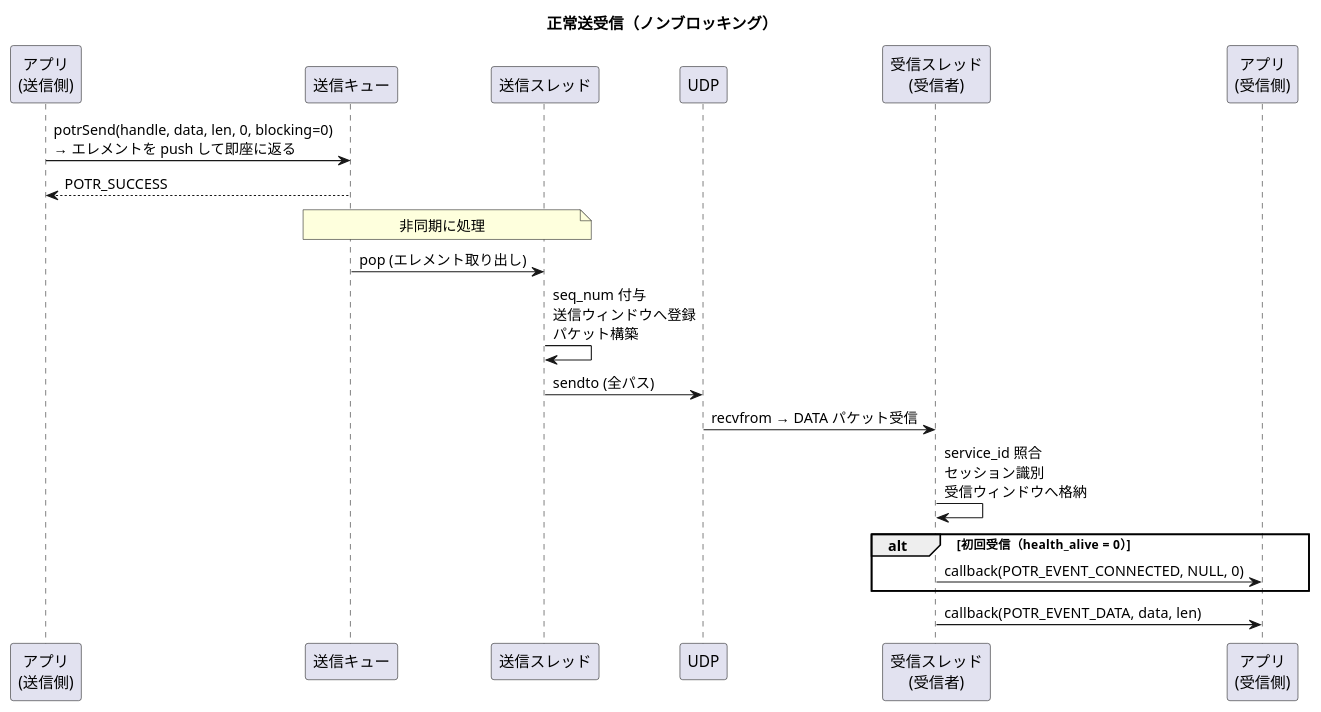
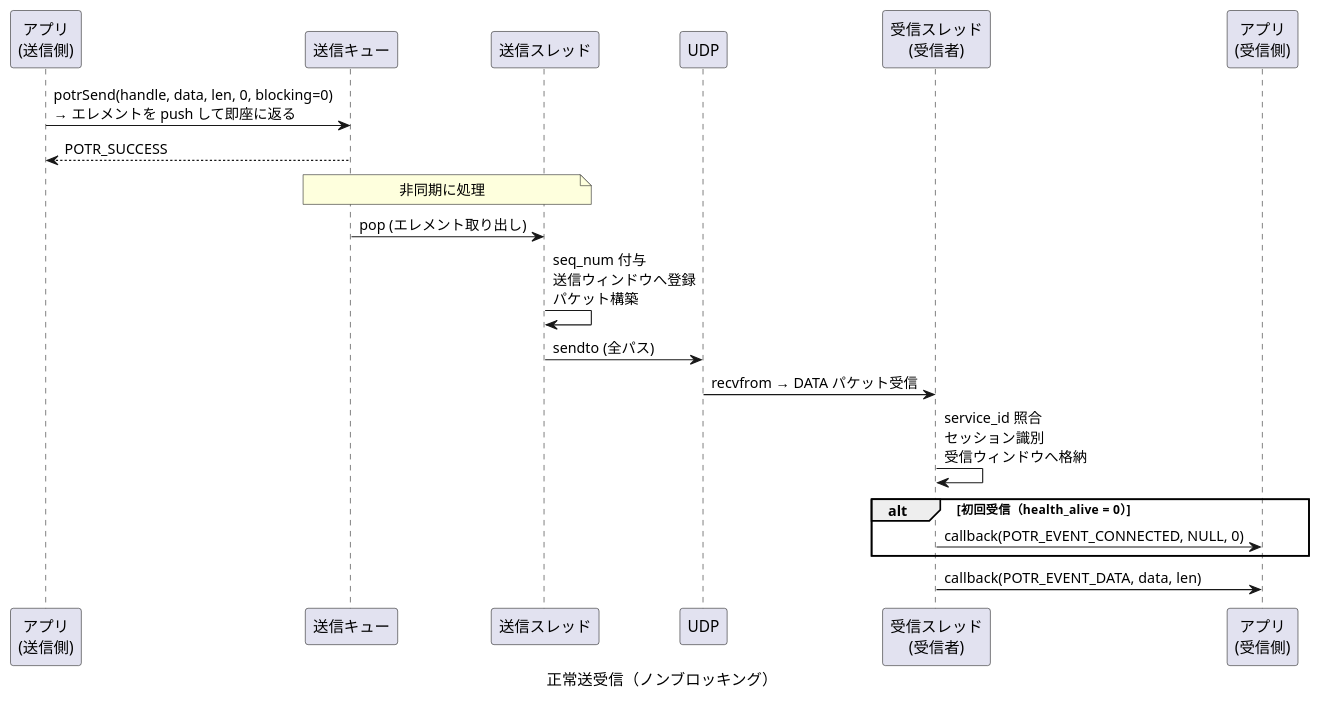
One commit to Hondarer/c-modernization-kit changed the third of 12 diagrams in prod/porter/docs/sequence.md. Above: the diagram before and after it, drawn with PlantUML. The commit also changed other lines of this file and 13 other files, not shown here.

````diff
--- a/prod/porter/docs/sequence.md
+++ b/prod/porter/docs/sequence.md
@@ -102,31 +81,31 @@
 ```plantuml
-@startuml
-title 正常送受信（ノンブロッキング）
+@startuml 正常送受信（ノンブロッキング）
+caption 正常送受信（ノンブロッキング）
 
 participant "アプリ\n(送信側)" as SAPP
 participant "送信キュー" as Q
 participant "送信スレッド" as ST
 participant "UDP" as UDP
 participant "受信スレッド\n(受信者)" as RRT
 participant "アプリ\n(受信側)" as RAPP
 
 SAPP -> Q: potrSend(handle, data, len, 0, blocking=0)\n→ エレメントを push して即座に返る
 SAPP <-- Q: POTR_SUCCESS
 
 note over Q, ST: 非同期に処理
 
 Q -> ST: pop (エレメント取り出し)
 ST -> ST: seq_num 付与\n送信ウィンドウへ登録\nパケット構築
 ST -> UDP: sendto (全パス)
 
 UDP -> RRT: recvfrom → DATA パケット受信
 RRT -> RRT: service_id 照合\nセッション識別\n受信ウィンドウへ格納
 
 alt 初回受信（health_alive = 0）
   RRT -> RAPP: callback(POTR_EVENT_CONNECTED, NULL, 0)
 end
 
 RRT -> RAPP: callback(POTR_EVENT_DATA, data, len)
 
 @enduml
 ```
````
